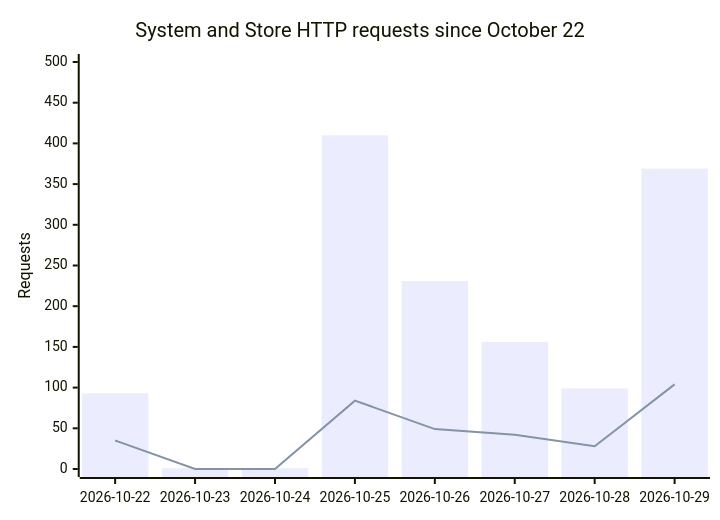
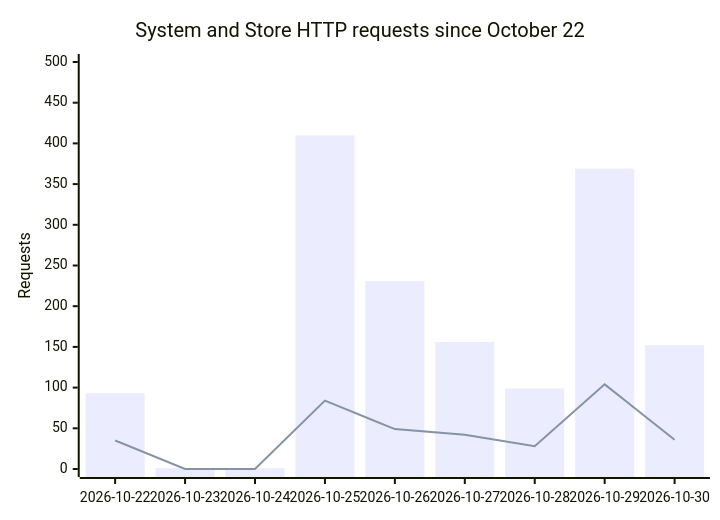
One commit to GeorgePlattDemo/3d-solutions-program changed the diagram in APPLICATION-ACTIVITY.md. Above: the diagram before and after it, drawn with Mermaid. The commit also changed other lines of this file and 2 other files, not shown here.

Commit message:
Update shared Railway application activity

````diff
--- a/APPLICATION-ACTIVITY.md
+++ b/APPLICATION-ACTIVITY.md
@@ -11,8 +11,8 @@
 ```mermaid
 xychart-beta
     title "System and Store HTTP requests since October 22"
-    x-axis ["2026-10-22","2026-10-23","2026-10-24","2026-10-25","2026-10-26","2026-10-27","2026-10-28","2026-10-29"]
+    x-axis ["2026-10-22","2026-10-23","2026-10-24","2026-10-25","2026-10-26","2026-10-27","2026-10-28","2026-10-29","2026-10-30"]
     y-axis "Requests" 0 --> 500
-    bar [93,1,1,410,231,156,99,369]
-    line [35,0,0,84,49,42,28,104]
+    bar [93,1,1,410,231,156,99,369,152]
+    line [35,0,0,84,49,42,28,104,36]
 ```
````
